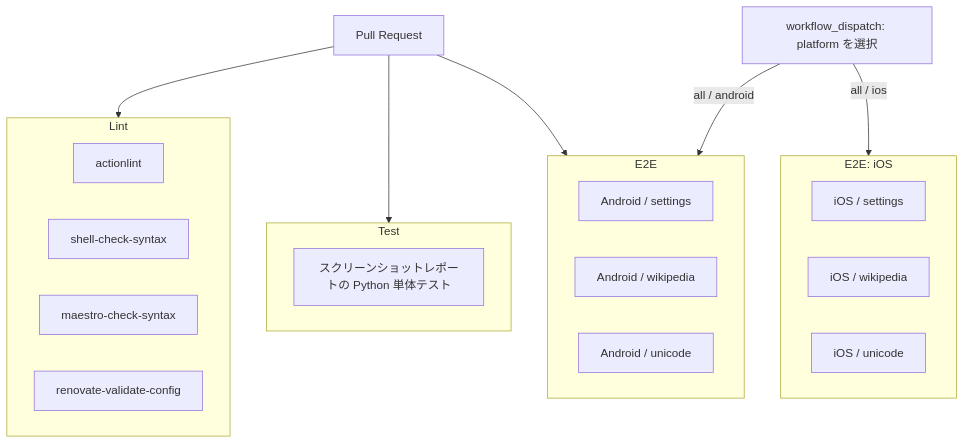
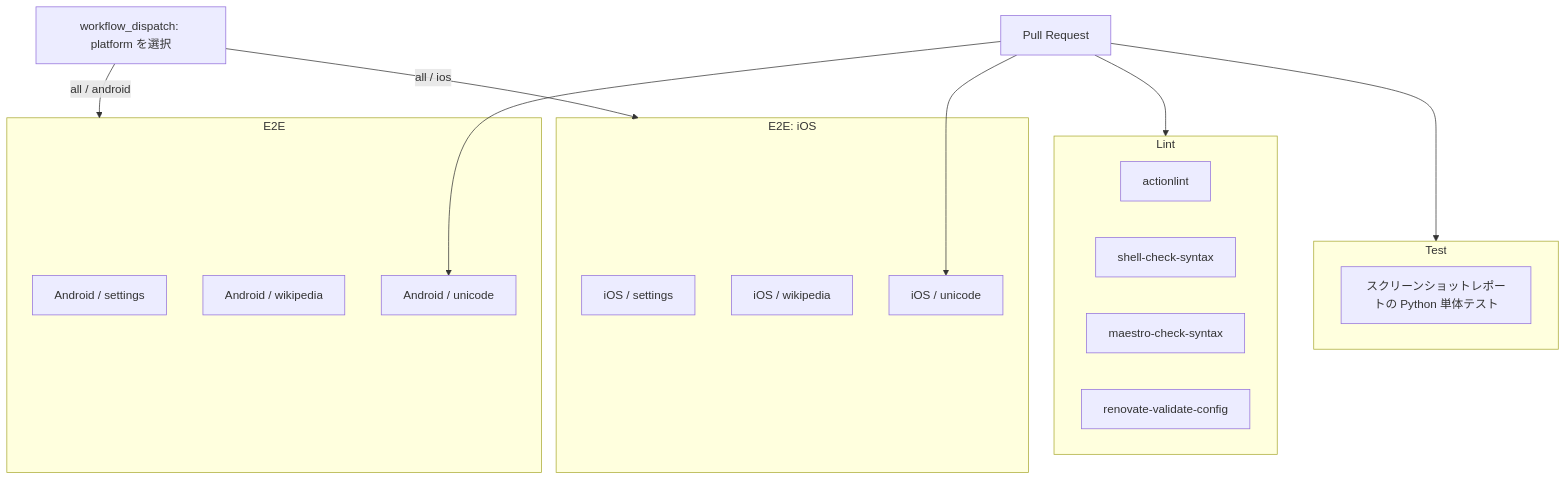
Before and after one commit to gkzz/maestro-playground: the fourth of 6 diagrams in docs/ARCHITECTURE.md, drawn with Mermaid. The commit also changed other lines of this file and 2 other files, not shown here.

Commit message:
ci: run Unicode E2E on Android and iOS for PRs (#51)
## Summary

PR の E2E を Android / iOS の Unicode フロー各1本に変更し、両 OS
のスクリーンショットをレポートに集計します。

### Motivation

PR ごとに両 OS の Unicode 入力とスクリーンショットを確認できるようにしつつ、自動実行するフローを絞ります。

## What changed

- PR 時の Android の実行対象を3フローから `unicode` のみに変更し、iOS でも `unicode` を自動実行します。
- PR のスクリーンショットレポートの対象を `android` から `all` に変更します。
- 手動実行では、選択したプラットフォームの Settings / Wikipedia / Unicode の3フローを引き続き実行します。
- CI の構成図と運用ドキュメントを更新し、Maestro
CLI・実行環境・関連フロー・アプリ取得処理の変更時は手動で全6フローを確認する方針を記載します。Flutter 更新 PR では両 OS の
Unicode の成功を確認します。

## Testing

### on local

- `git diff --check origin/main...HEAD`: 成功。
- E2E: not run。

### CI

-
[Lint](https://github.com/gkzz/maestro-playground/actions/runs/42494988431):
全4チェック成功。
-
[Test](https://github.com/gkzz/maestro-playground/actions/runs/42494988231):
スクリーンショットレポートの単体テスト成功。
-
[E2E](https://github.com/gkzz/maestro-playground/actions/runs/42494988400):
pending（Android / iOS の Unicode フローを実行中）。

## Notes

- なし

````diff
--- a/docs/ARCHITECTURE.md
+++ b/docs/ARCHITECTURE.md
@@ -100,34 +100,35 @@
 ```mermaid
 flowchart TB
   pr[Pull Request]
   dispatch[workflow_dispatch: platform を選択]
 
   subgraph lint[Lint]
     actionlint[actionlint]
     shell[shell-check-syntax]
     syntax[maestro-check-syntax]
     renovate[renovate-validate-config]
   end
 
   subgraph test[Test]
     screenshotTests[スクリーンショットレポートの Python 単体テスト]
   end
 
   subgraph e2e[E2E]
     androidSettings[Android / settings]
     androidWikipedia[Android / wikipedia]
     androidUnicode[Android / unicode]
   end
 
   subgraph iosE2E[E2E: iOS]
     iosSettings[iOS / settings]
     iosWikipedia[iOS / wikipedia]
     iosUnicode[iOS / unicode]
   end
 
   pr --> lint
   pr --> test
-  pr --> e2e
+  pr --> androidUnicode
+  pr --> iosUnicode
   dispatch -->|all / android| e2e
   dispatch -->|all / ios| iosE2E
 ```
````
